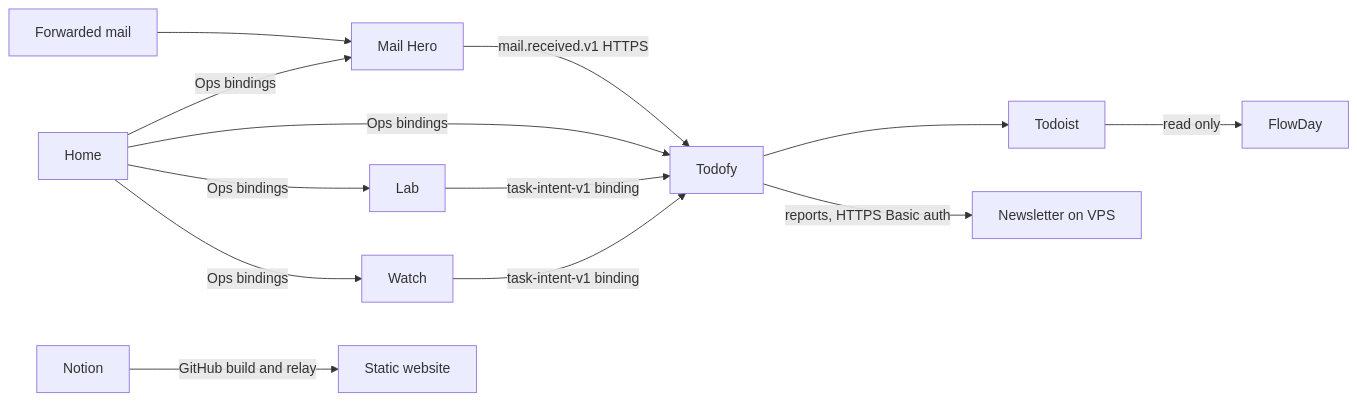
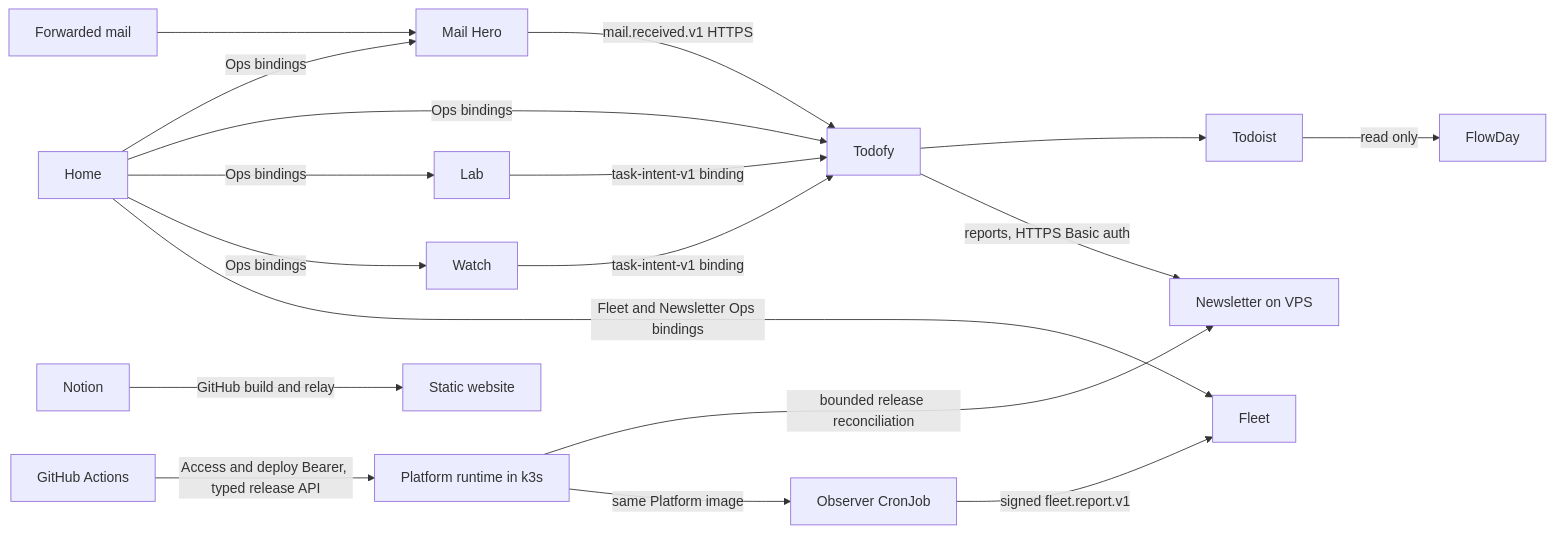
One commit to ziyixi/todofy changed the diagram in docs/architecture.md. Above: the diagram before and after it, drawn with Mermaid. The commit also changed other lines of this file and 224 other files, not shown here.

Commit message:
Add image-based k3s release API and Fleet monitoring

````diff
--- a/docs/architecture.md
+++ b/docs/architecture.md
@@ -9,15 +11,20 @@
 ```mermaid
 flowchart LR
   Mail[Forwarded mail] --> MH[Mail Hero]
   MH -->|mail.received.v1 HTTPS| Todo[Todofy]
   Lab[Lab] -->|task-intent-v1 binding| Todo
   Watch[Watch] -->|task-intent-v1 binding| Todo
   Todo --> Todoist[Todoist]
   Todo -->|reports, HTTPS Basic auth| News[Newsletter on VPS]
   Todoist -->|read only| Flow[FlowDay]
   Home[Home] -->|Ops bindings| MH
   Home -->|Ops bindings| Todo
   Home -->|Ops bindings| Lab
   Home -->|Ops bindings| Watch
+  Home -->|Fleet and Newsletter Ops bindings| Fleet[Fleet]
+  Observer[Observer CronJob] -->|signed fleet.report.v1| Fleet
+  Actions[GitHub Actions] -->|Access and deploy Bearer, typed release API| Runtime[Platform runtime in k3s]
+  Runtime -->|bounded release reconciliation| News
+  Runtime -->|same Platform image| Observer
   Notion[Notion] -->|GitHub build and relay| Site[Static website]
 ```
````
